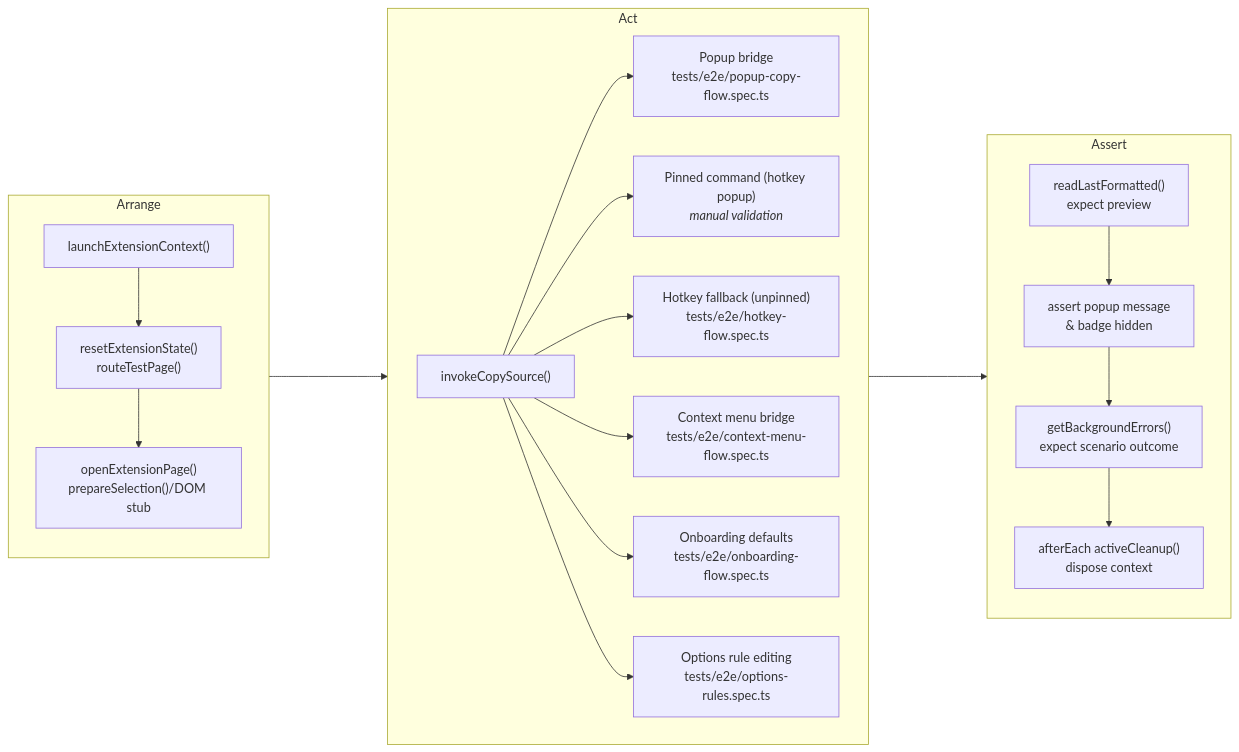
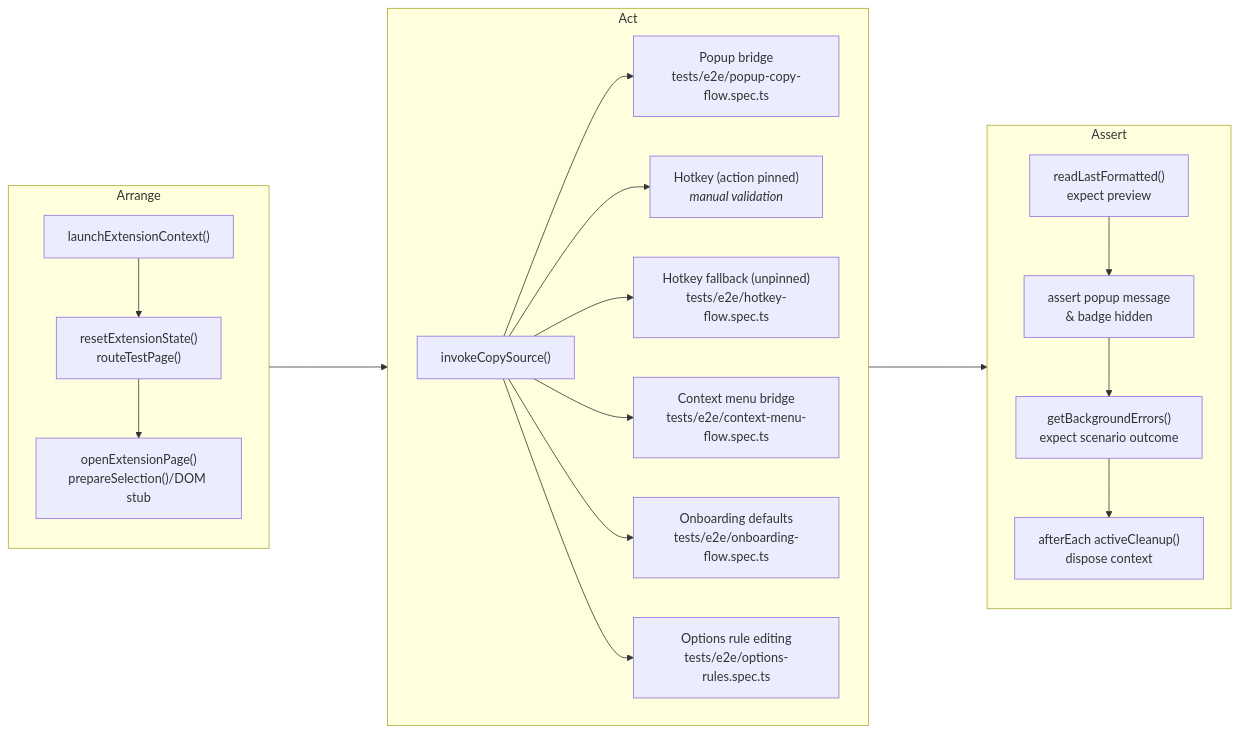
One commit to PabloLION/MarkQuote changed the diagram in docs/dev/test-coverage.md. Above: the diagram before and after it, drawn with Mermaid. The commit also changed other lines of this file, not shown here.

Commit message:
docs(e2e): clarify pinned hotkey naming

````diff
--- a/docs/dev/test-coverage.md
+++ b/docs/dev/test-coverage.md
@@ -26,27 +26,27 @@
 ```mermaid
 flowchart LR
   %% Use IDs so we can link the subgraphs (not their inner nodes)
   subgraph ARR[Arrange]
     direction TB
     A["launchExtensionContext()"] --> B["resetExtensionState()<br/>routeTestPage()"] --> C["openExtensionPage()<br/>prepareSelection()/DOM stub"]
   end
   ARR ----> ACT
 
   subgraph ACT[Act]
     direction LR
     D["invokeCopySource()"]
     D --> D1["Popup bridge<br/>tests/e2e/popup-copy-flow.spec.ts"]
-    D --> D2["Pinned command (hotkey popup)<br/><em>manual validation</em>"]
+    D --> D2["Hotkey (action pinned)<br/><em>manual validation</em>"]
     D --> D3["Hotkey fallback (unpinned)<br/>tests/e2e/hotkey-flow.spec.ts"]
     D --> D4["Context menu bridge<br/>tests/e2e/context-menu-flow.spec.ts"]
     D --> D5["Onboarding defaults<br/>tests/e2e/onboarding-flow.spec.ts"]
     D --> D6["Options rule editing<br/>tests/e2e/options-rules.spec.ts"]
   end
   ACT ----> ASS
 
   subgraph ASS[Assert]
     direction TB
     E["readLastFormatted()<br/>expect preview"] --> F["assert popup message<br/>& badge hidden"] --> G["getBackgroundErrors()<br/>expect scenario outcome"] --> H["afterEach activeCleanup()<br/>dispose context"]
   end
 
 ```
````
